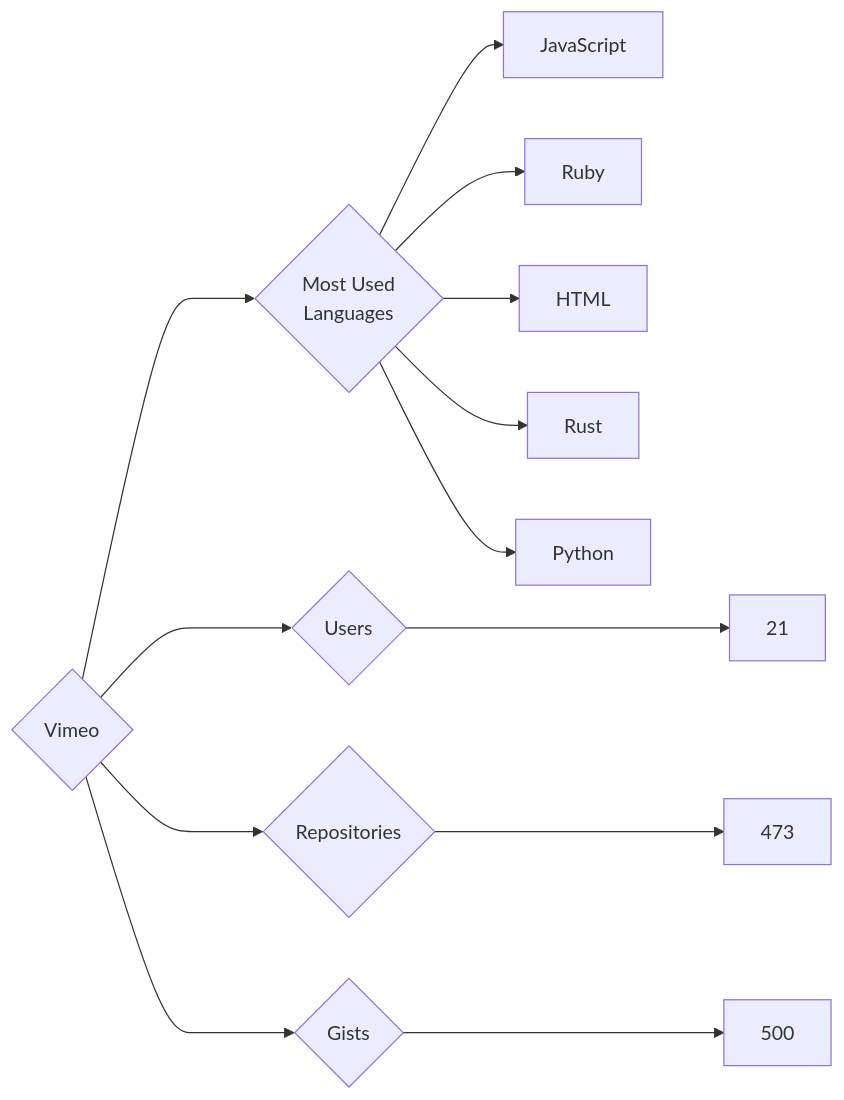
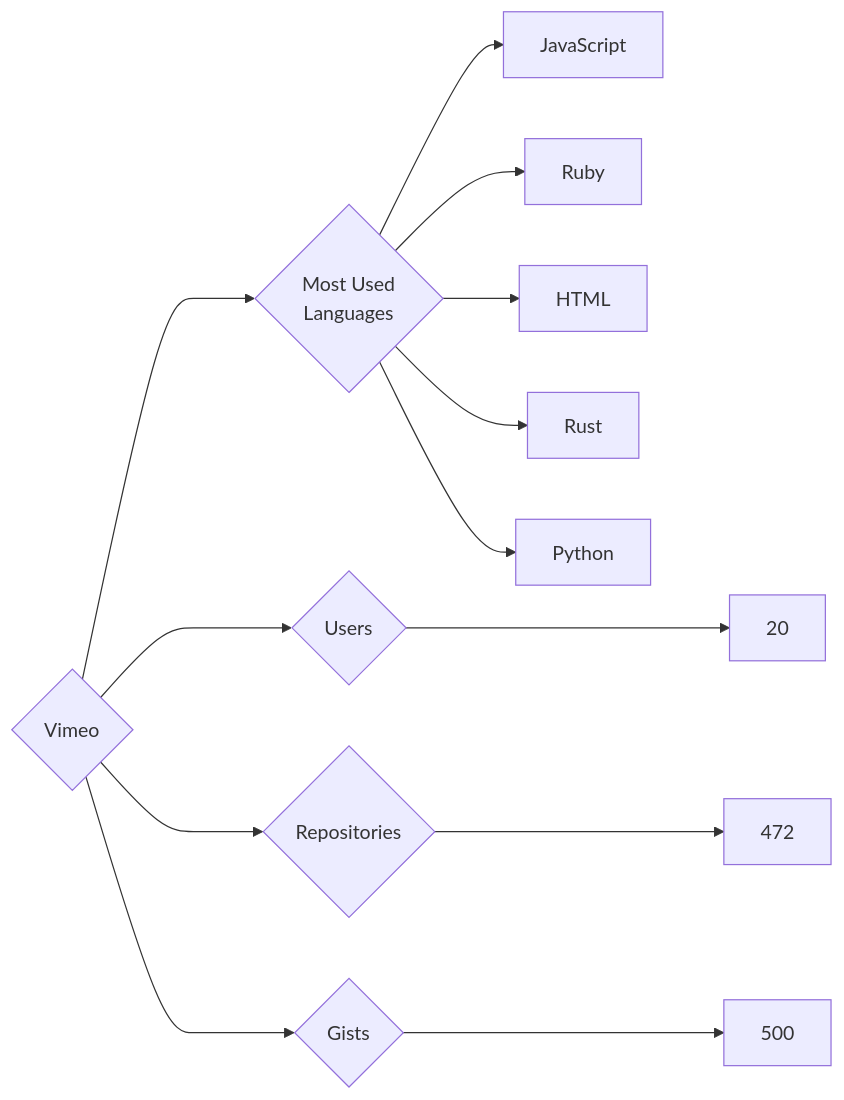
The diagram in targets/Vimeo/README.md (trickest/insiders), drawn with Mermaid before and after one commit. The commit also changed 920 other files, not shown here.

````diff
--- a/targets/Vimeo/README.md
+++ b/targets/Vimeo/README.md
@@ -3,13 +3,13 @@
 ```mermaid
 graph LR
 COMPANY_NAME{Vimeo}
-COMPANY_NAME ---> U{Users} ---> UN[21]
-COMPANY_NAME ---> R{Repositories} ---> RN[473]
+COMPANY_NAME ---> U{Users} ---> UN[20]
+COMPANY_NAME ---> R{Repositories} ---> RN[472]
 COMPANY_NAME ---> G{Gists} ---> GN[500]
 COMPANY_NAME ---> ML{Most Used<br>Languages}
 ML --> JavaScript[JavaScript]
 ML --> Ruby[Ruby]
 ML --> HTML[HTML]
 ML --> Rust[Rust]
 ML --> Python[Python]
 ```
````
